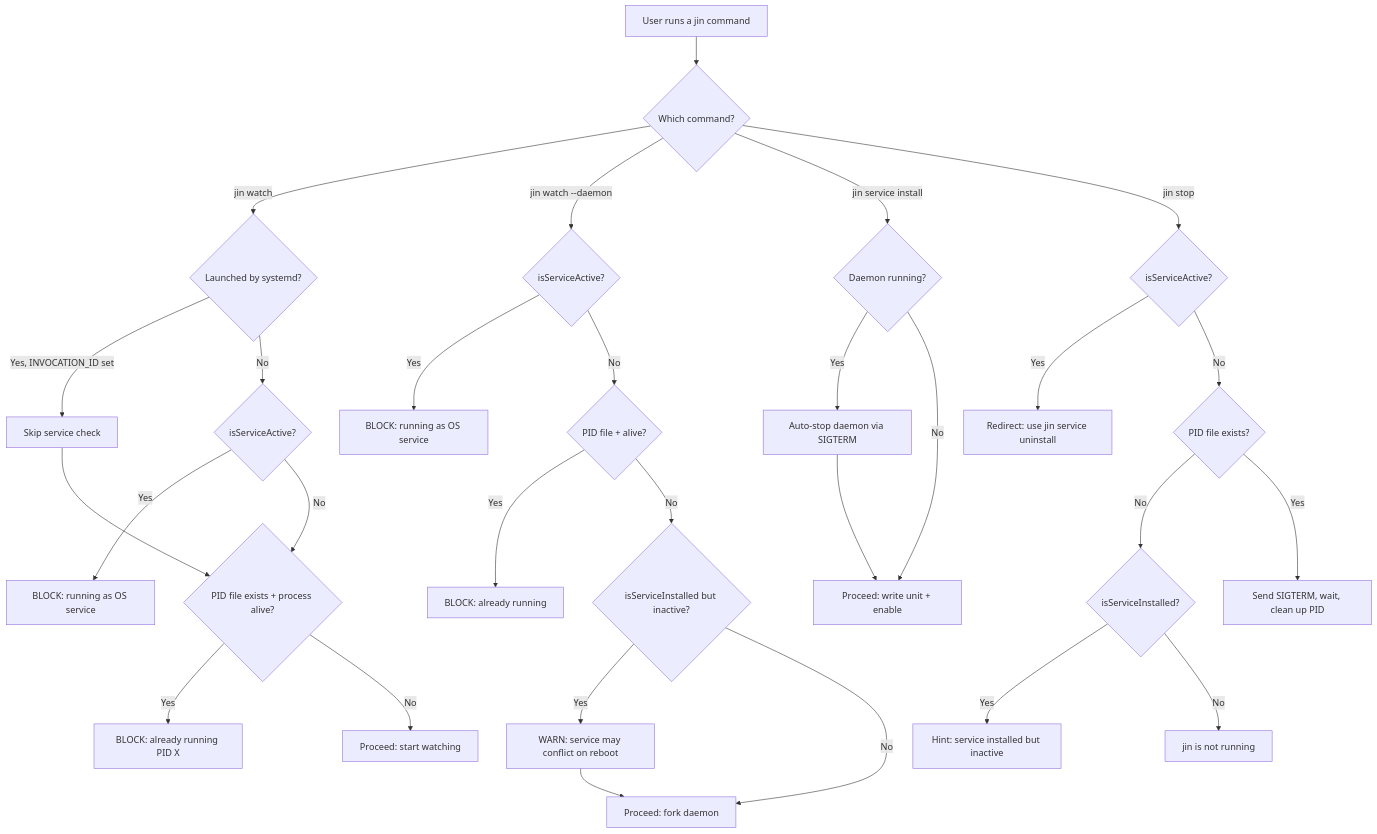
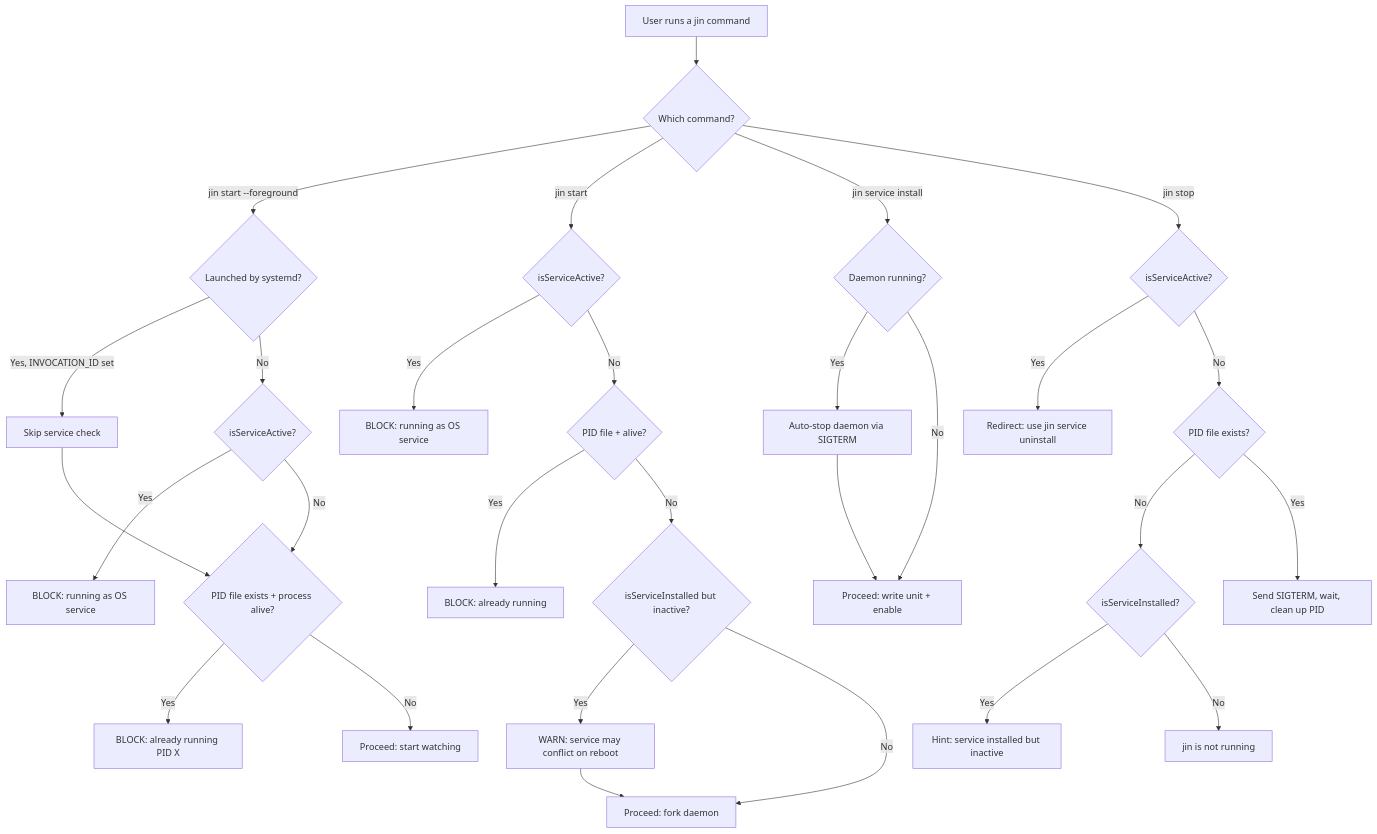
One commit to mendeleden/jin changed the fourth of 4 diagrams in contributing/ELI5/RUN_MODES.md. Above: the diagram before and after it, drawn with Mermaid. The commit also changed other lines of this file and 20 other files, not shown here.

````diff
--- a/contributing/ELI5/RUN_MODES.md
+++ b/contributing/ELI5/RUN_MODES.md
@@ -163,35 +163,35 @@
 ```mermaid
 flowchart TD
     A[User runs a jin command] --> B{Which command?}
 
-    B -->|jin watch| C{Launched by systemd?}
+    B -->|jin start --foreground| C{Launched by systemd?}
     C -->|Yes, INVOCATION_ID set| D[Skip service check]
     C -->|No| E{isServiceActive?}
     E -->|Yes| F[BLOCK: running as OS service]
     D --> G{PID file exists + process alive?}
     E -->|No| G
     G -->|Yes| H[BLOCK: already running PID X]
     G -->|No| I[Proceed: start watching]
 
-    B -->|jin watch --daemon| J{isServiceActive?}
+    B -->|jin start| J{isServiceActive?}
     J -->|Yes| K[BLOCK: running as OS service]
     J -->|No| L{PID file + alive?}
     L -->|Yes| M[BLOCK: already running]
     L -->|No| N{isServiceInstalled but inactive?}
     N -->|Yes| O[WARN: service may conflict on reboot]
     N -->|No| P[Proceed: fork daemon]
     O --> P
 
     B -->|jin service install| Q{Daemon running?}
     Q -->|Yes| R[Auto-stop daemon via SIGTERM]
     Q -->|No| S[Proceed: write unit + enable]
     R --> S
 
     B -->|jin stop| T{isServiceActive?}
     T -->|Yes| U[Redirect: use jin service uninstall]
     T -->|No| V{PID file exists?}
     V -->|No| W{isServiceInstalled?}
     W -->|Yes| X[Hint: service installed but inactive]
     W -->|No| Y[jin is not running]
     V -->|Yes| Z[Send SIGTERM, wait, clean up PID]
 ```
````
